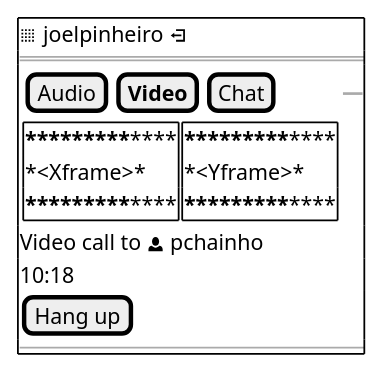
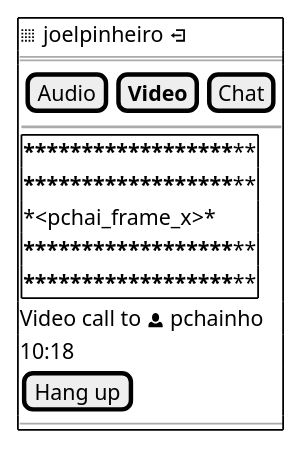
Before and after one commit to reTHINK-project/scenario-service-implementation: the diagram in docs/applications/mobile-smart-contextual-assistance/smart-gui-video.puml, drawn with PlantUML. The commit also changed 8 other files, not shown here.

```diff
--- a/docs/applications/mobile-smart-contextual-assistance/smart-gui-video.puml
+++ b/docs/applications/mobile-smart-contextual-assistance/smart-gui-video.puml
@@ -1,20 +1,19 @@
 @startsalt
 {+
   <&grid-four-up> joelpinheiro <&account-logout>
   ==
   {
-  {[Audio] | [<b>Video] | [Chat]} 
+  {[Audio] | [<b>Video] | [Chat]}
   ~~
-  {{+*************************************************
-   *<Xframe>*
-    *************************************************}  |  
-    {+*************************************************
-*<Yframe>*
-    *************************************************}}
+  {+********************************************************************************************
+  ********************************************************************************************
+   *<pchai_frame_x>*
+   ********************************************************************************************
+    ********************************************************************************************}
   }
   Video call to <&person> pchainho
     10:18
   [Hang up]
   --
 }
 @endsalt
```
